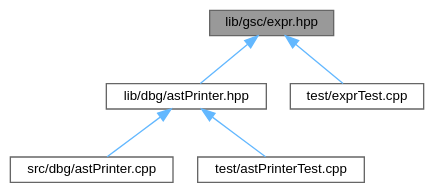
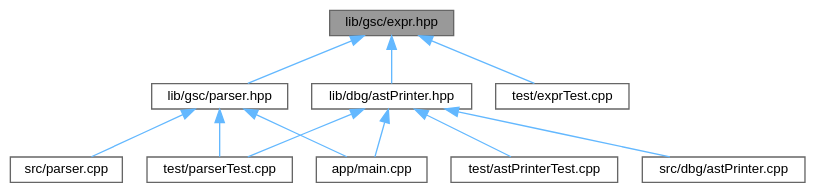
One commit to helcsnewsxd/gsc-interpreter changed the diagram in expr_8hpp__dep__incl.dot. Above: the diagram before and after it, drawn with Graphviz. The commit also changed 91 other files, not shown here.

```diff
--- a/expr_8hpp__dep__incl.dot
+++ b/expr_8hpp__dep__incl.dot
@@ -1,16 +1,26 @@
 digraph "lib/gsc/expr.hpp"
 {
  // LATEX_PDF_SIZE
   bgcolor="transparent";
   edge [fontname=Helvetica,fontsize=10,labelfontname=Helvetica,labelfontsize=10];
   node [fontname=Helvetica,fontsize=10,shape=box,height=0.2,width=0.4];
   Node1 [id="Node000001",label="lib/gsc/expr.hpp",height=0.2,width=0.4,color="gray40", fillcolor="grey60", style="filled", fontcolor="black",tooltip=" "];
   Node1 -> Node2 [id="edge1_Node000001_Node000002",dir="back",color="steelblue1",style="solid",tooltip=" "];
   Node2 [id="Node000002",label="lib/dbg/astPrinter.hpp",height=0.2,width=0.4,color="grey40", fillcolor="white", style="filled",URL="$astPrinter_8hpp.html",tooltip=" "];
   Node2 -> Node3 [id="edge2_Node000002_Node000003",dir="back",color="steelblue1",style="solid",tooltip=" "];
-  Node3 [id="Node000003",label="src/dbg/astPrinter.cpp",height=0.2,width=0.4,color="grey40", fillcolor="white", style="filled",URL="$astPrinter_8cpp.html",tooltip=" "];
+  Node3 [id="Node000003",label="app/main.cpp",height=0.2,width=0.4,color="grey40", fillcolor="white", style="filled",URL="$main_8cpp.html",tooltip=" "];
   Node2 -> Node4 [id="edge3_Node000002_Node000004",dir="back",color="steelblue1",style="solid",tooltip=" "];
-  Node4 [id="Node000004",label="test/astPrinterTest.cpp",height=0.2,width=0.4,color="grey40", fillcolor="white", style="filled",URL="$astPrinterTest_8cpp.html",tooltip=" "];
-  Node1 -> Node5 [id="edge4_Node000001_Node000005",dir="back",color="steelblue1",style="solid",tooltip=" "];
-  Node5 [id="Node000005",label="test/exprTest.cpp",height=0.2,width=0.4,color="grey40", fillcolor="white", style="filled",URL="$exprTest_8cpp.html",tooltip=" "];
+  Node4 [id="Node000004",label="src/dbg/astPrinter.cpp",height=0.2,width=0.4,color="grey40", fillcolor="white", style="filled",URL="$astPrinter_8cpp.html",tooltip=" "];
+  Node2 -> Node5 [id="edge4_Node000002_Node000005",dir="back",color="steelblue1",style="solid",tooltip=" "];
+  Node5 [id="Node000005",label="test/astPrinterTest.cpp",height=0.2,width=0.4,color="grey40", fillcolor="white", style="filled",URL="$astPrinterTest_8cpp.html",tooltip=" "];
+  Node2 -> Node6 [id="edge5_Node000002_Node000006",dir="back",color="steelblue1",style="solid",tooltip=" "];
+  Node6 [id="Node000006",label="test/parserTest.cpp",height=0.2,width=0.4,color="grey40", fillcolor="white", style="filled",URL="$parserTest_8cpp.html",tooltip=" "];
+  Node1 -> Node7 [id="edge6_Node000001_Node000007",dir="back",color="steelblue1",style="solid",tooltip=" "];
+  Node7 [id="Node000007",label="lib/gsc/parser.hpp",height=0.2,width=0.4,color="grey40", fillcolor="white", style="filled",URL="$parser_8hpp.html",tooltip=" "];
+  Node7 -> Node3 [id="edge7_Node000007_Node000003",dir="back",color="steelblue1",style="solid",tooltip=" "];
+  Node7 -> Node8 [id="edge8_Node000007_Node000008",dir="back",color="steelblue1",style="solid",tooltip=" "];
+  Node8 [id="Node000008",label="src/parser.cpp",height=0.2,width=0.4,color="grey40", fillcolor="white", style="filled",URL="$parser_8cpp.html",tooltip=" "];
+  Node7 -> Node6 [id="edge9_Node000007_Node000006",dir="back",color="steelblue1",style="solid",tooltip=" "];
+  Node1 -> Node9 [id="edge10_Node000001_Node000009",dir="back",color="steelblue1",style="solid",tooltip=" "];
+  Node9 [id="Node000009",label="test/exprTest.cpp",height=0.2,width=0.4,color="grey40", fillcolor="white", style="filled",URL="$exprTest_8cpp.html",tooltip=" "];
 }
```
